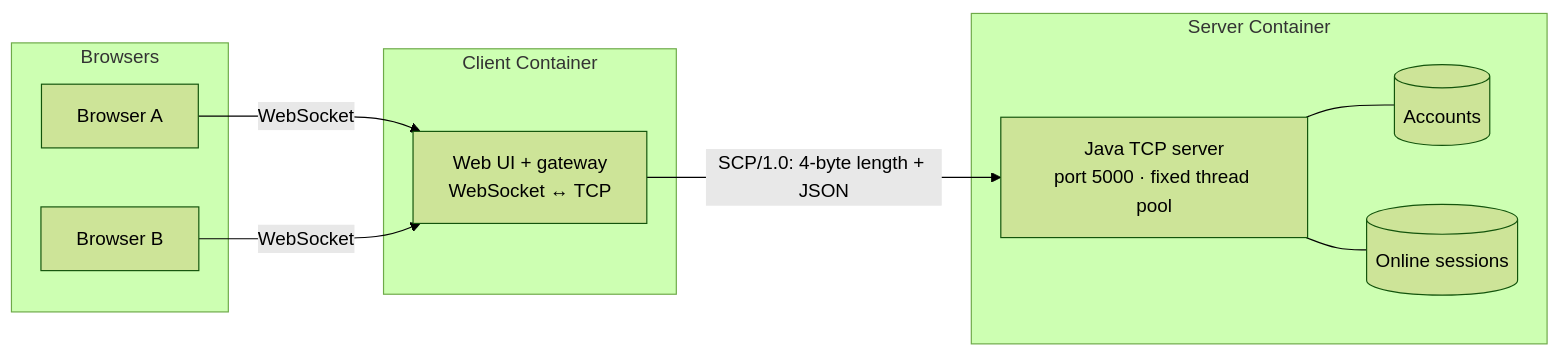
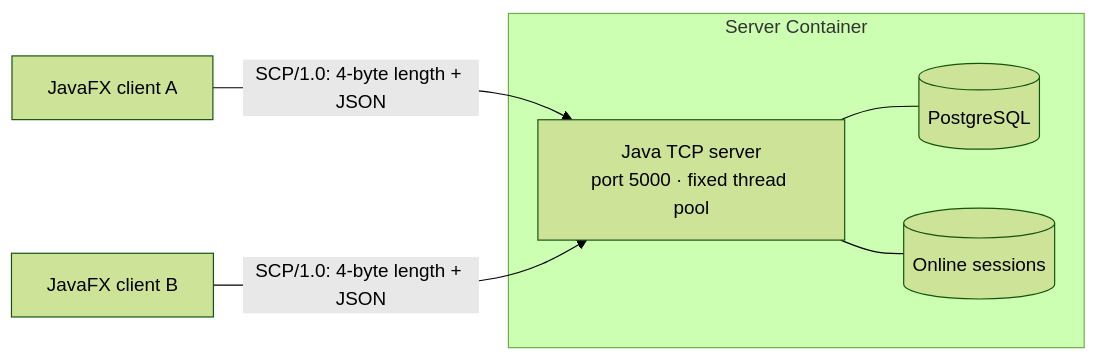
The diagram in README.md (HuangMingo/BTL-LTM), drawn with Mermaid (forest theme) before and after one commit. The commit also changed other lines of this file and 31 other files, not shown here.

````diff
--- a/README.md
+++ b/README.md
@@ -52,20 +50,14 @@
 ```mermaid
 graph LR
-    subgraph Browsers
-        B1["Browser A"]
-        B2["Browser B"]
-    end
-    subgraph Client Container
-        G["Web UI + gateway<br/>WebSocket ↔ TCP"]
-    end
+    C1["JavaFX client A"]
+    C2["JavaFX client B"]
     subgraph Server Container
         S["Java TCP server<br/>port 5000 · fixed thread pool"]
-        A[("Accounts")]
+        A[("PostgreSQL")]
         O[("Online sessions")]
         S --- A
         S --- O
     end
-    B1 -->|WebSocket| G
-    B2 -->|WebSocket| G
-    G -->|SCP/1.0: 4-byte length + JSON| S
+    C1 -->|SCP/1.0: 4-byte length + JSON| S
+    C2 -->|SCP/1.0: 4-byte length + JSON| S
 ```
````
